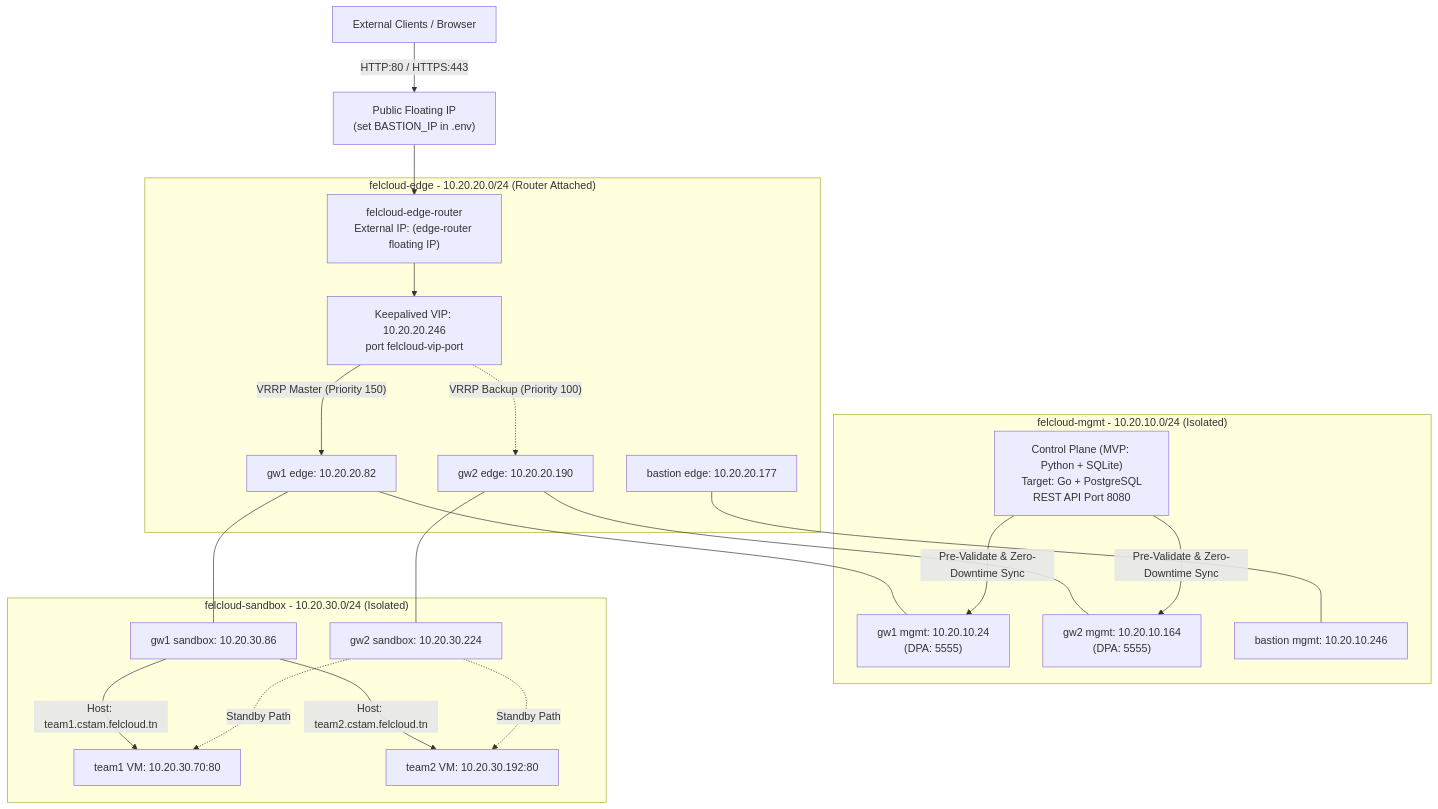
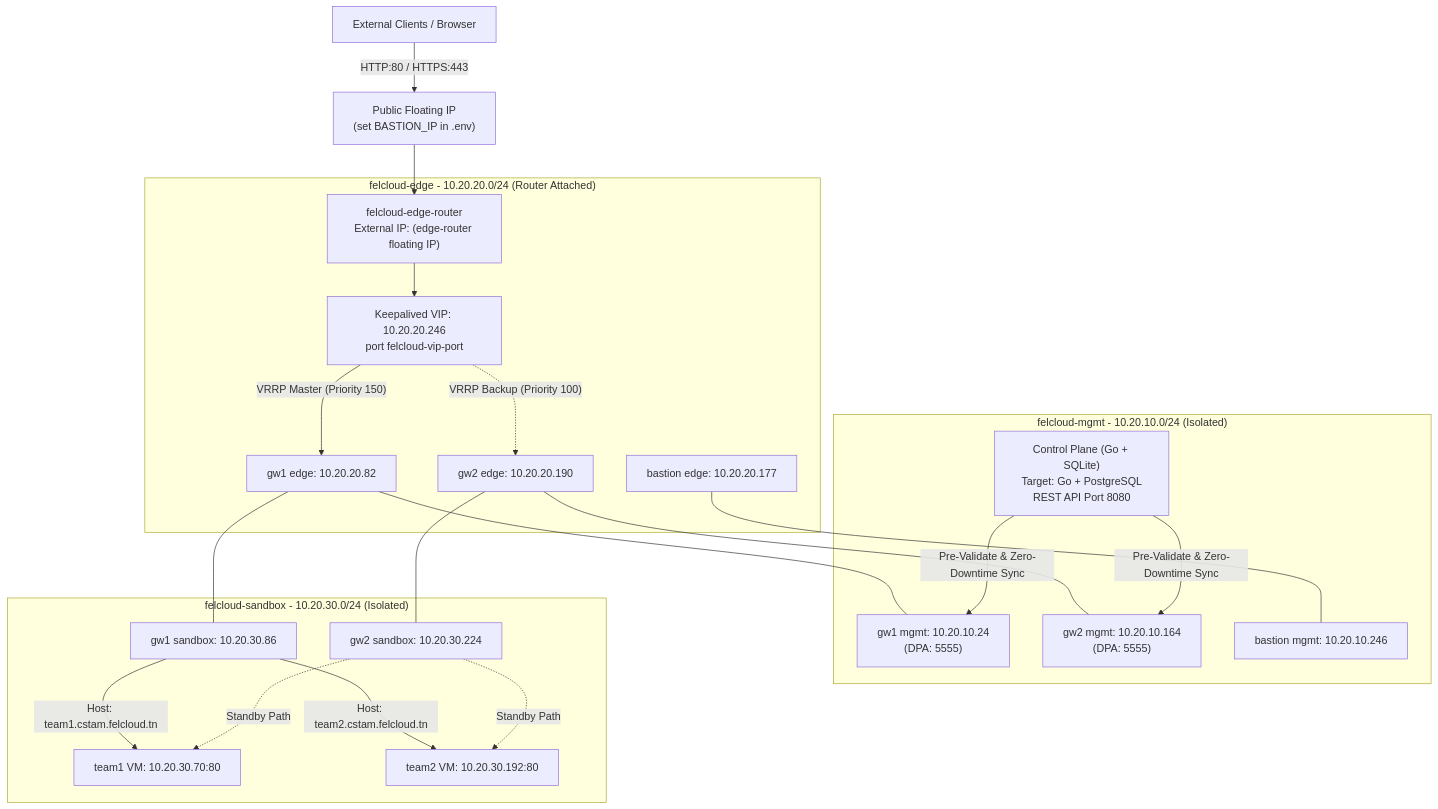
The first of 3 diagrams in README.md (ben-slimene-nour-el-houda/felcloud), drawn with Mermaid before and after one commit. The commit also changed other lines of this file and 4 other files, not shown here.

Commit message:
fix: update scripts and docs after removing Python control plane

````diff
--- a/README.md
+++ b/README.md
@@ -80,45 +78,45 @@
 ```mermaid
 flowchart TB
     Client["External Clients / Browser"]
 
     PUB["Public Floating IP\n(set BASTION_IP in .env)"]
     Client -->|HTTP:80 / HTTPS:443| PUB
 
     subgraph EDGE["felcloud-edge - 10.20.20.0/24 (Router Attached)"]
         RTR["felcloud-edge-router<br/>External IP: (edge-router floating IP)"]
         VIP["Keepalived VIP: 10.20.20.246<br/>port felcloud-vip-port"]
         GW1E["gw1 edge: 10.20.20.82"]
         GW2E["gw2 edge: 10.20.20.190"]
         BASE["bastion edge: 10.20.20.177"]
     end
 
     subgraph MGMT["felcloud-mgmt - 10.20.10.0/24 (Isolated)"]
         GW1M["gw1 mgmt: 10.20.10.24<br/>(DPA: 5555)"]
         GW2M["gw2 mgmt: 10.20.10.164<br/>(DPA: 5555)"]
         BASM["bastion mgmt: 10.20.10.246"]
-        IPAM["Control Plane (MVP: Python + SQLite)<br/>Target: Go + PostgreSQL<br/>REST API Port 8080"]
+        IPAM["Control Plane (Go + SQLite)<br/>Target: Go + PostgreSQL<br/>REST API Port 8080"]
     end
 
     subgraph SBX["felcloud-sandbox - 10.20.30.0/24 (Isolated)"]
         GW1S["gw1 sandbox: 10.20.30.86"]
         GW2S["gw2 sandbox: 10.20.30.224"]
         T1["team1 VM: 10.20.30.70:80"]
         T2["team2 VM: 10.20.30.192:80"]
     end
 
     PUB --> RTR
     RTR --> VIP
     VIP -->|"VRRP Master (Priority 150)"| GW1E
     VIP -.->|"VRRP Backup (Priority 100)"| GW2E
     GW1E --- GW1M
     GW1E --- GW1S
     GW2E --- GW2M
     GW2E --- GW2S
     GW1S -->|"Host: team1.cstam.felcloud.tn"| T1
     GW1S -->|"Host: team2.cstam.felcloud.tn"| T2
     GW2S -.->|"Standby Path"| T1
     GW2S -.->|"Standby Path"| T2
     BASE --- BASM
     IPAM -->|"Pre-Validate & Zero-Downtime Sync"| GW1M
     IPAM -->|"Pre-Validate & Zero-Downtime Sync"| GW2M
 ```
````
